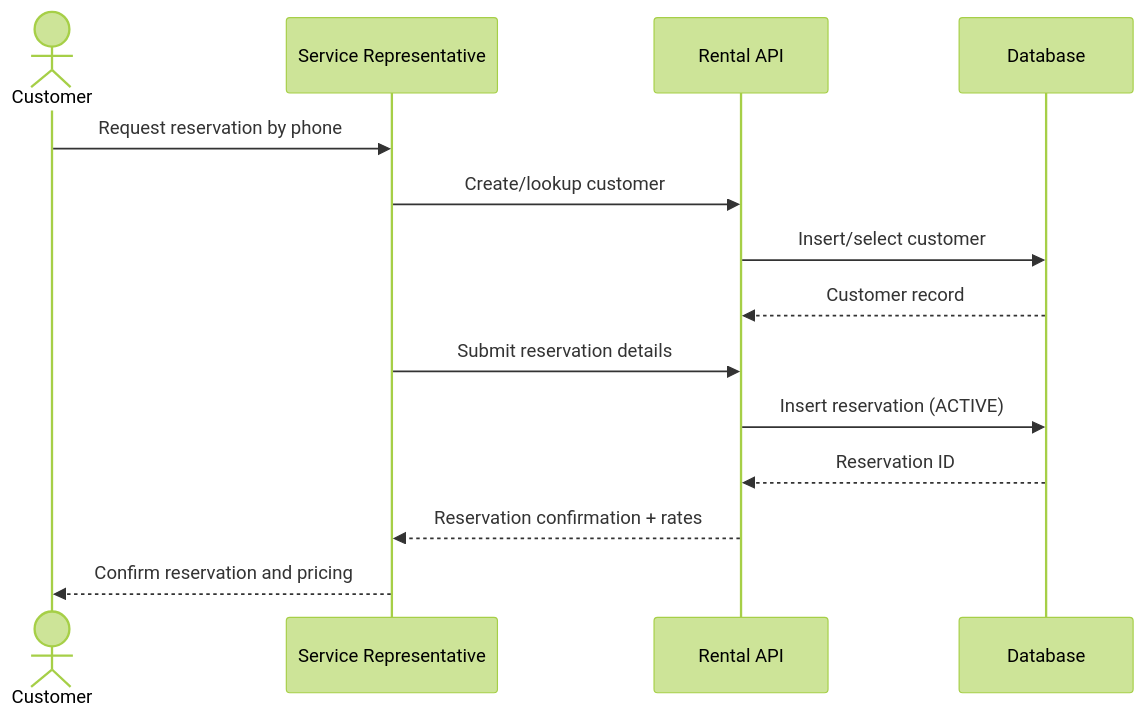
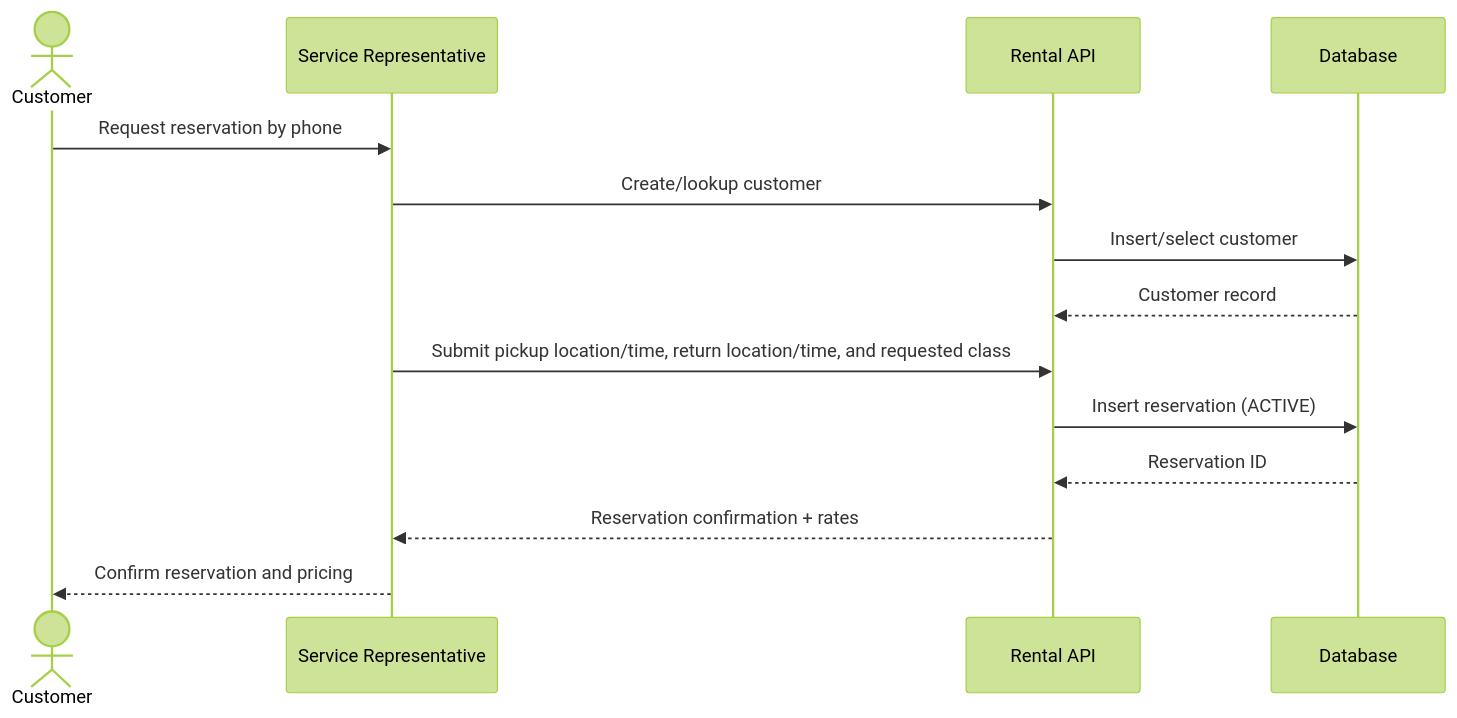
The second of 3 diagrams in docs/USER_JOURNEYS.md (ga424/cs631_termproject), drawn with Mermaid (forest theme) before and after one commit. The commit also changed other lines of this file and 7 other files, not shown here.

Commit message:
feat: update documentation for rental car management system; enhance user journeys, ERD, and architecture details; add lifecycle event tracking and customer account management

````diff
--- a/docs/USER_JOURNEYS.md
+++ b/docs/USER_JOURNEYS.md
@@ -44,17 +44,17 @@
 ```mermaid
 sequenceDiagram
 	actor Customer
 	participant Rep as Service Representative
 	participant API as Rental API
 	participant DB as Database
 
 	Customer->>Rep: Request reservation by phone
 	Rep->>API: Create/lookup customer
 	API->>DB: Insert/select customer
 	DB-->>API: Customer record
-	Rep->>API: Submit reservation details
+	Rep->>API: Submit pickup location/time, return location/time, and requested class
 	API->>DB: Insert reservation (ACTIVE)
 	DB-->>API: Reservation ID
 	API-->>Rep: Reservation confirmation + rates
 	Rep-->>Customer: Confirm reservation and pricing
 ```
````
